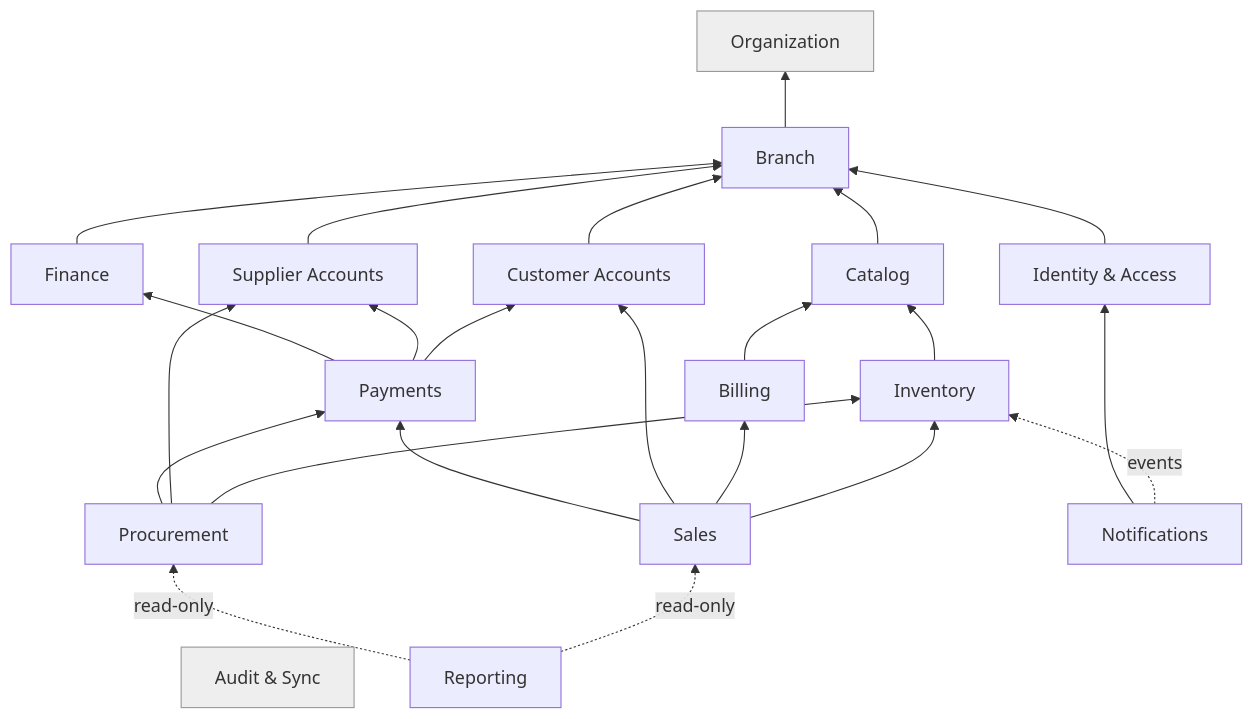
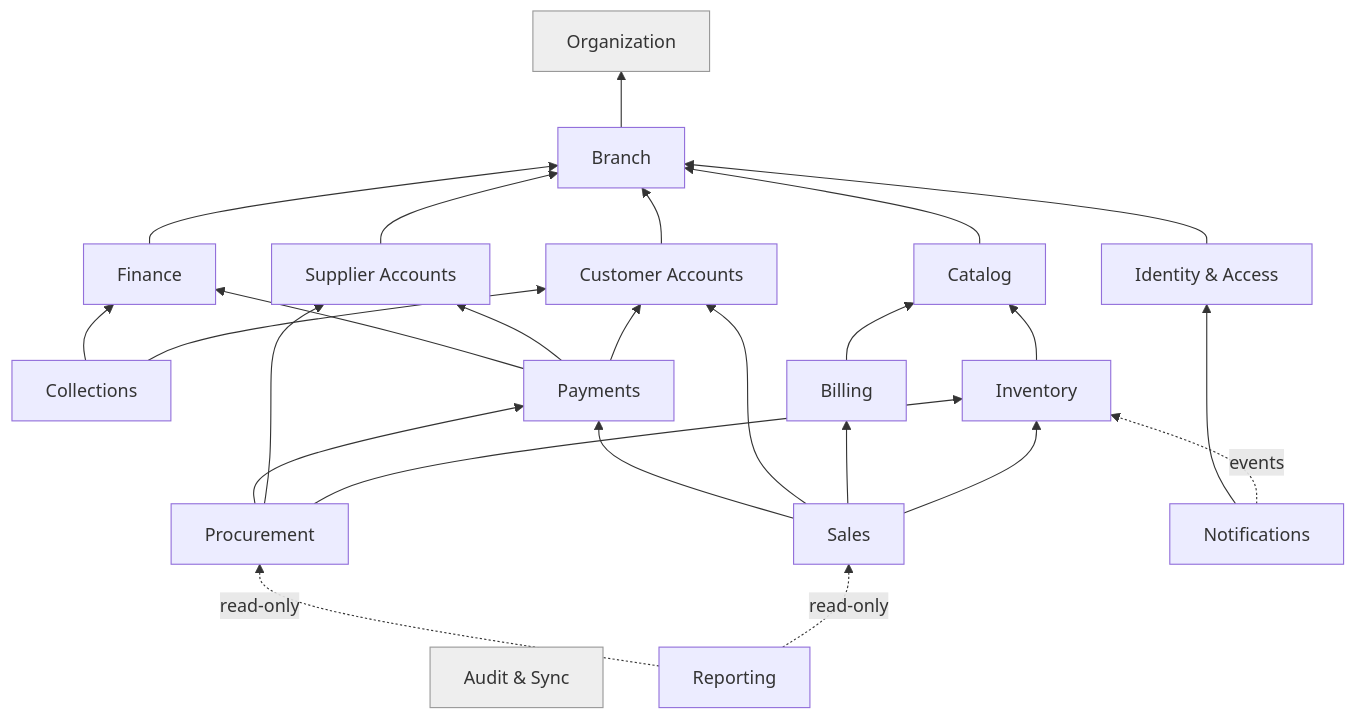
One commit to PJ1914/ksms changed the fourth of 4 diagrams in docs/architecture/SYSTEM_CONTEXT.md. Above: the diagram before and after it, drawn with Mermaid. The commit also changed 19 other files, not shown here.

````diff
--- a/docs/architecture/SYSTEM_CONTEXT.md
+++ b/docs/architecture/SYSTEM_CONTEXT.md
@@ -81,28 +81,30 @@
 ```mermaid
 flowchart BT
   Audit[Audit & Sync]:::l0
   Org[Organization]:::l0
   Branch --> Org
   Identity[Identity & Access] --> Branch
   Catalog --> Branch
   CustAcc[Customer Accounts] --> Branch
   SuppAcc[Supplier Accounts] --> Branch
   Finance --> Branch
+  Collections --> CustAcc
+  Collections --> Finance
   Billing --> Catalog
   Inventory --> Catalog
   Payments --> CustAcc
   Payments --> SuppAcc
   Payments --> Finance
   Procurement --> Inventory
   Procurement --> SuppAcc
   Procurement --> Payments
   Sales --> Inventory
   Sales --> Billing
   Sales --> CustAcc
   Sales --> Payments
   Reporting -. read-only .-> Sales
   Reporting -. read-only .-> Procurement
   Notifications -. events .-> Inventory
   Notifications --> Identity
   classDef l0 fill:#eee,stroke:#999
 ```
````
